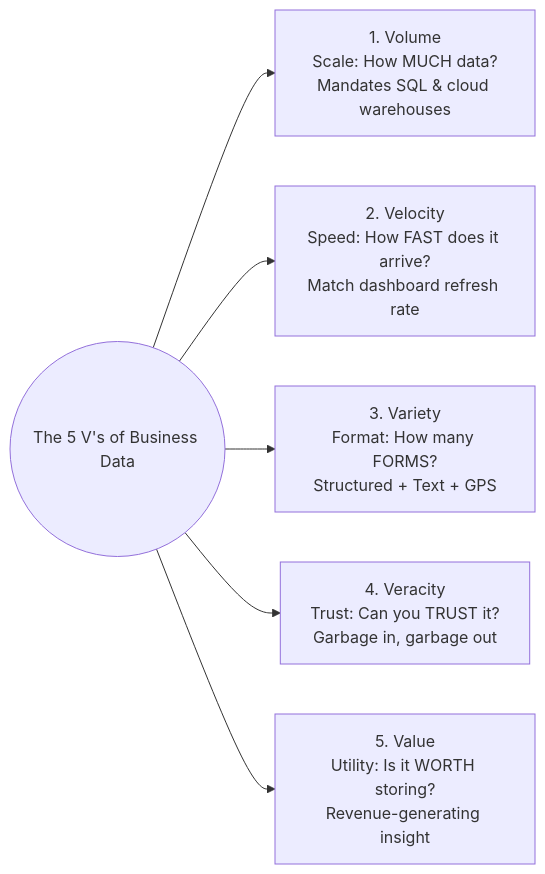
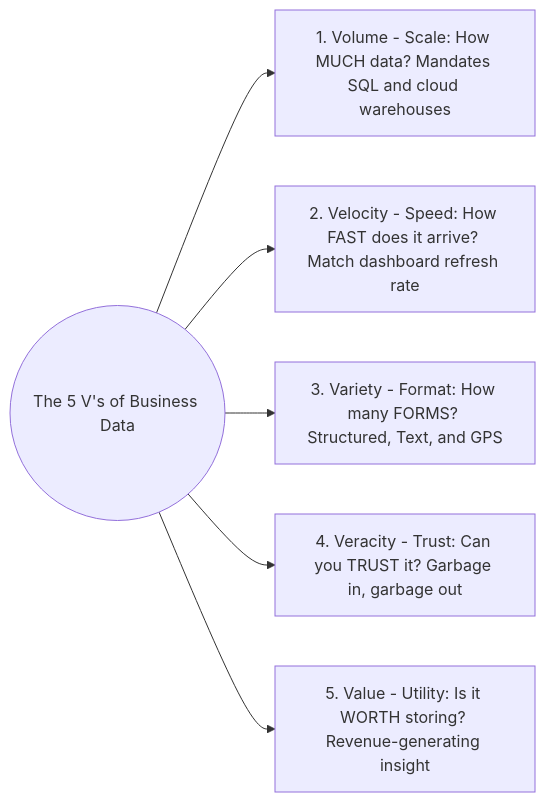
One commit to DeepLumiere/DeepSkills changed the second of 8 diagrams in notes/data_analysis/Chapter9_Features_of_Business_Data.md. Above: the diagram before and after it, drawn with Mermaid. The commit also changed other lines of this file and 56 other files, not shown here.

````diff
--- a/notes/data_analysis/Chapter9_Features_of_Business_Data.md
+++ b/notes/data_analysis/Chapter9_Features_of_Business_Data.md
@@ -41,9 +41,9 @@
 ```mermaid
 flowchart LR
     Root(("The 5 V's of Business Data"))
-    Root --> V1["1. Volume<br/>Scale: How MUCH data?<br/>Mandates SQL & cloud warehouses"]
-    Root --> V2["2. Velocity<br/>Speed: How FAST does it arrive?<br/>Match dashboard refresh rate"]
-    Root --> V3["3. Variety<br/>Format: How many FORMS?<br/>Structured + Text + GPS"]
-    Root --> V4["4. Veracity<br/>Trust: Can you TRUST it?<br/>Garbage in, garbage out"]
-    Root --> V5["5. Value<br/>Utility: Is it WORTH storing?<br/>Revenue-generating insight"]
+    Root --> V1["1. Volume - Scale: How MUCH data? Mandates SQL and cloud warehouses"]
+    Root --> V2["2. Velocity - Speed: How FAST does it arrive? Match dashboard refresh rate"]
+    Root --> V3["3. Variety - Format: How many FORMS? Structured, Text, and GPS"]
+    Root --> V4["4. Veracity - Trust: Can you TRUST it? Garbage in, garbage out"]
+    Root --> V5["5. Value - Utility: Is it WORTH storing? Revenue-generating insight"]
 ```
````
